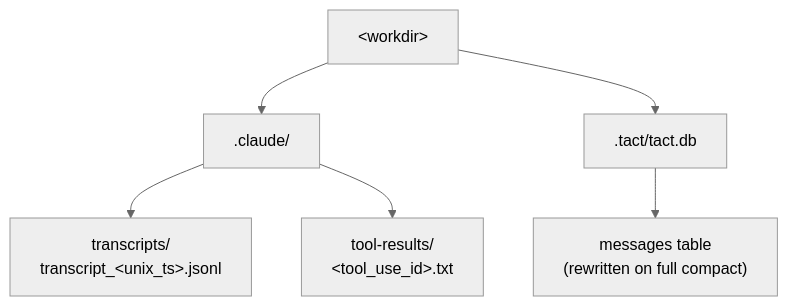
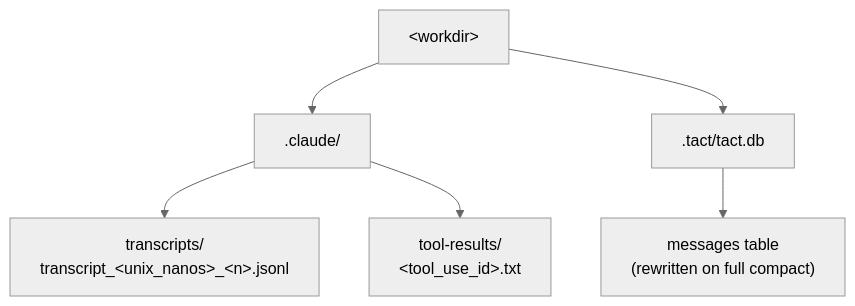
One commit to rust-infra/tact changed diagram 14 of 15 in book/05_chapter_compact.md. Above: the diagram before and after it, drawn with Mermaid (neutral theme). The commit also changed other lines of this file and 5 other files, not shown here.

````diff
--- a/book/05_chapter_compact.md
+++ b/book/05_chapter_compact.md
@@ -540,9 +544,9 @@
 ```mermaid
 flowchart TB
     WD["&lt;workdir&gt;"]
     WD --> Claude[".claude/"]
-    Claude --> TR["transcripts/<br/>transcript_&lt;unix_ts&gt;.jsonl"]
+    Claude --> TR["transcripts/<br/>transcript_&lt;unix_nanos&gt;_&lt;n&gt;.jsonl"]
     Claude --> OR["tool-results/<br/>&lt;tool_use_id&gt;.txt"]
     WD --> Tact[".tact/tact.db"]
     Tact --> Msg["messages table<br/>(rewritten on full compact)"]
 ```
````
